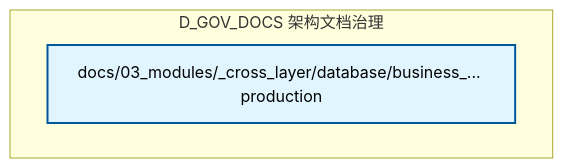
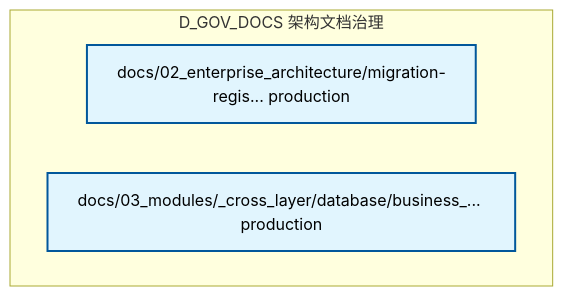
One commit to xuanFelixVan/ZephyrAlpha changed the diagram in docs/02_enterprise_architecture/02_domain_architecture_docs/35_d_gov_docs.md. Above: the diagram before and after it, drawn with Mermaid. The commit also changed other lines of this file and 106 other files, not shown here.

````diff
--- a/docs/02_enterprise_architecture/02_domain_architecture_docs/35_d_gov_docs.md
+++ b/docs/02_enterprise_architecture/02_domain_architecture_docs/35_d_gov_docs.md
@@ -47,11 +47,12 @@
 ```mermaid
 graph TD
     subgraph D_GOV_DOCS["D_GOV_DOCS 架构文档治理"]
+        docs_02_enterprise_architecture_migration_registry_yaml["docs/02_enterprise_architecture/migration-regis... production"]
         docs_03_modules_cross_layer_database_business_data_categories_yaml["docs/03_modules/_cross_layer/database/business_... production"]
     end
     classDef production fill:#e1f5fe,stroke:#01579b,stroke-width:2px,color:#000
     classDef design fill:#fff3e0,stroke:#e65100,stroke-width:2px,color:#000,stroke-dasharray: 5 5
     classDef external_prod fill:#e8f5e9,stroke:#1b5e20,stroke-width:1px,color:#000
     classDef external_design fill:#fce4ec,stroke:#880e4f,stroke-width:1px,color:#000,stroke-dasharray: 5 5
-    class docs_03_modules_cross_layer_database_business_data_categories_yaml production
+    class docs_02_enterprise_architecture_migration_registry_yaml,docs_03_modules_cross_layer_database_business_data_categories_yaml production
 ```
````
